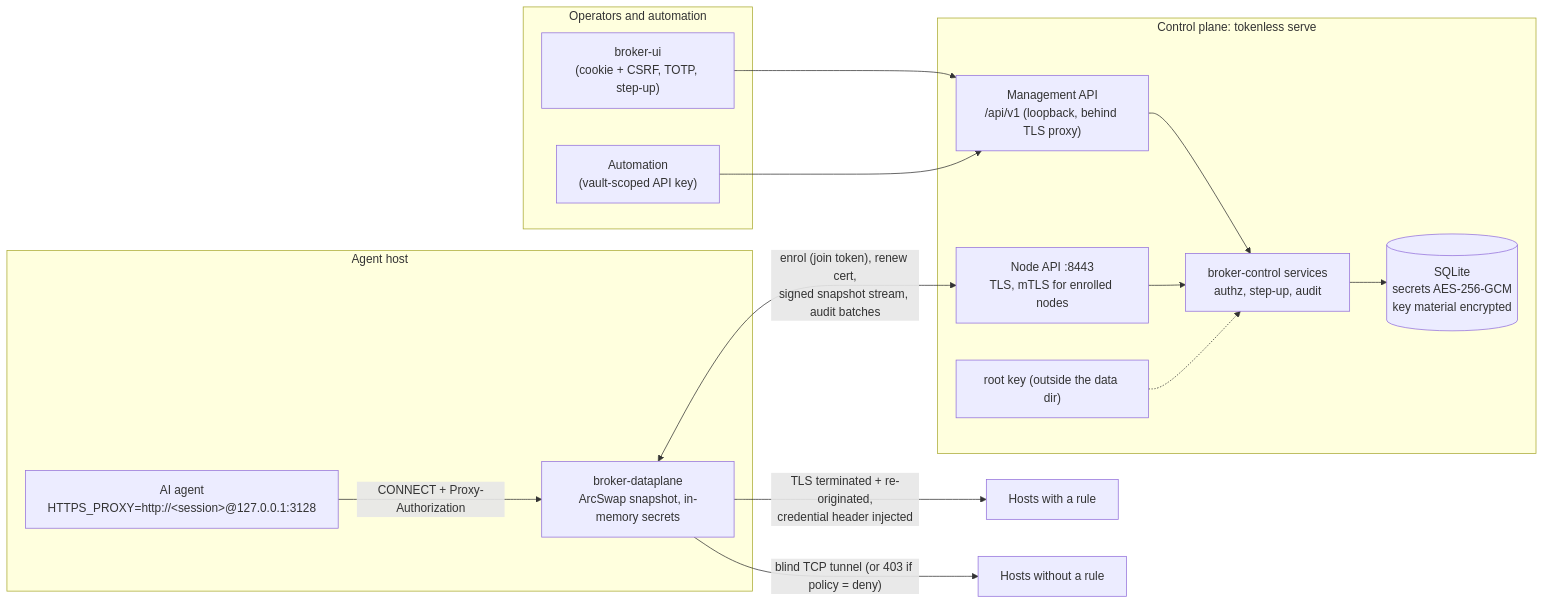
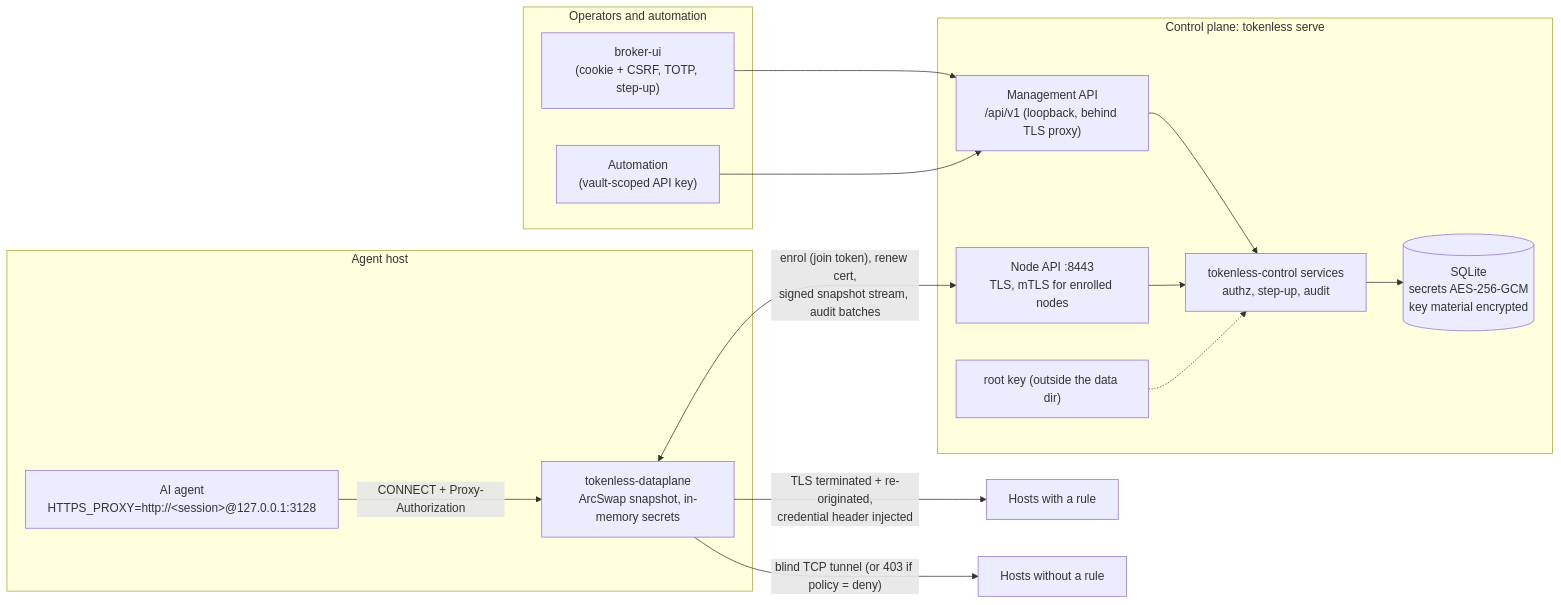
One commit to gotempsh/tokenless changed the first of 3 diagrams in docs/adr/0001-architecture.md. Above: the diagram before and after it, drawn with Mermaid. The commit also changed other lines of this file and 300 other files, not shown here.

````diff
--- a/docs/adr/0001-architecture.md
+++ b/docs/adr/0001-architecture.md
@@ -47,31 +47,31 @@
 ```mermaid
 flowchart LR
   subgraph People["Operators and automation"]
     UI["broker-ui<br/>(cookie + CSRF, TOTP, step-up)"]
     CI["Automation<br/>(vault-scoped API key)"]
   end
 
   subgraph CP["Control plane: tokenless serve"]
     API["Management API<br/>/api/v1 (loopback, behind TLS proxy)"]
     NAPI["Node API :8443<br/>TLS, mTLS for enrolled nodes"]
-    SVC["broker-control services<br/>authz, step-up, audit"]
+    SVC["tokenless-control services<br/>authz, step-up, audit"]
     DB[("SQLite<br/>secrets AES-256-GCM<br/>key material encrypted")]
     MK["root key (outside the data dir)"]
     API --> SVC
     NAPI --> SVC
     SVC --> DB
     MK -.-> SVC
   end
 
   subgraph AgentHost["Agent host"]
     Agent["AI agent<br/>HTTPS_PROXY=http://&lt;session&gt;@127.0.0.1:3128"]
-    DP["broker-dataplane<br/>ArcSwap snapshot, in-memory secrets"]
+    DP["tokenless-dataplane<br/>ArcSwap snapshot, in-memory secrets"]
     Agent -->|CONNECT + Proxy-Authorization| DP
   end
 
   UI --> API
   CI --> API
   DP <-->|"enrol (join token), renew cert,<br/>signed snapshot stream, audit batches"| NAPI
   DP -->|"TLS terminated + re-originated,<br/>credential header injected"| Ruled["Hosts with a rule"]
   DP -->|"blind TCP tunnel (or 403 if policy = deny)"| Other["Hosts without a rule"]
 ```
````
